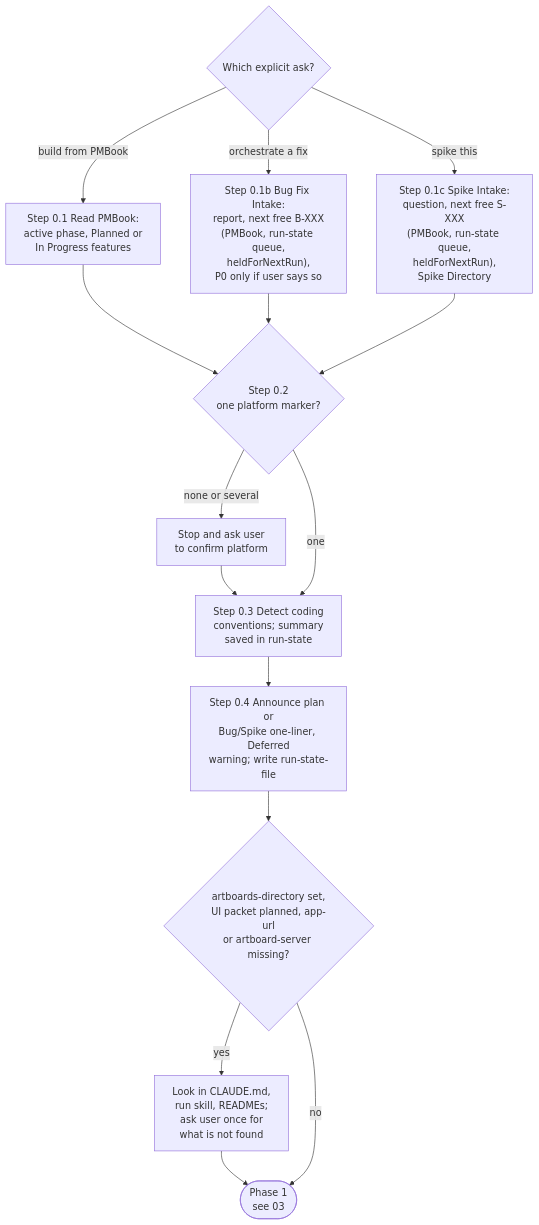
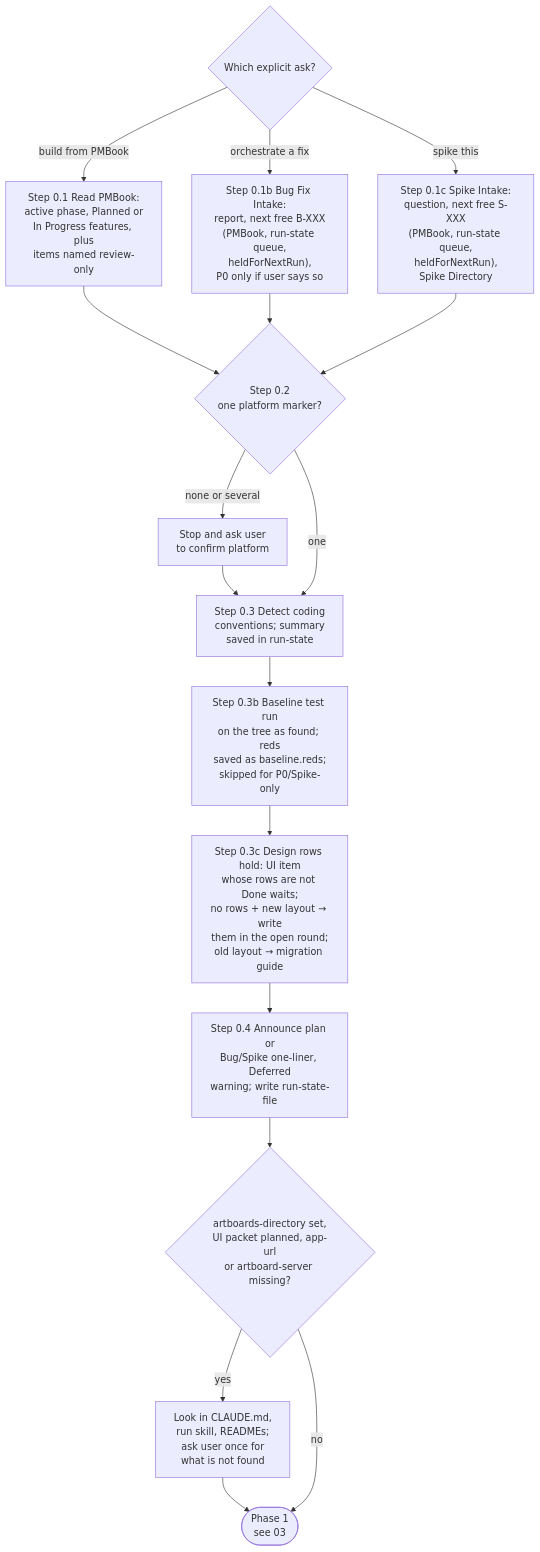
The second of 2 diagrams in skills/orchestrator-development-pattern/mermaid/02-phase0-setup.md (muhammedalikhan86/claude-stash), drawn with Mermaid before and after one commit. The commit also changed other lines of this file and 32 other files, not shown here.

First line of the commit message:
feat(orchestrators): round of test-run fixes across both orchestrators and agents

````diff
--- a/skills/orchestrator-development-pattern/mermaid/02-phase0-setup.md
+++ b/skills/orchestrator-development-pattern/mermaid/02-phase0-setup.md
@@ -69,26 +71,28 @@
 ```mermaid
 flowchart TD
     Entry{"Which explicit ask?"}
-    PMB["Step 0.1 Read PMBook:<br/>active phase, Planned or<br/>In Progress features"]
+    PMB["Step 0.1 Read PMBook:<br/>active phase, Planned or<br/>In Progress features, plus<br/>items named review-only"]
     Bug["Step 0.1b Bug Fix Intake:<br/>report, next free B-XXX<br/>(PMBook, run-state queue,<br/>heldForNextRun),<br/>P0 only if user says so"]
     Spk["Step 0.1c Spike Intake:<br/>question, next free S-XXX<br/>(PMBook, run-state queue,<br/>heldForNextRun),<br/>Spike Directory"]
     Plat{"Step 0.2<br/>one platform marker?"}
     AskPlat["Stop and ask user<br/>to confirm platform"]
     Conv["Step 0.3 Detect coding<br/>conventions; summary<br/>saved in run-state"]
+    Base["Step 0.3b Baseline test run<br/>on the tree as found; reds<br/>saved as baseline.reds;<br/>skipped for P0/Spike-only"]
+    Hold["Step 0.3c Design rows hold: UI item<br/>whose rows are not Done waits;<br/>no rows + new layout → write<br/>them in the open round;<br/>old layout → migration guide"]
     Ann["Step 0.4 Announce plan or<br/>Bug/Spike one-liner, Deferred<br/>warning; write run-state-file"]
     UI{"artboards-directory set,<br/>UI packet planned, app-url<br/>or artboard-server missing?"}
     AskUrl["Look in CLAUDE.md,<br/>run skill, READMEs;<br/>ask user once for<br/>what is not found"]
     Out(["Phase 1<br/>see 03"])
 
     Entry -->|"build from PMBook"| PMB
     Entry -->|"orchestrate a fix"| Bug
     Entry -->|"spike this"| Spk
     PMB --> Plat
     Bug --> Plat
     Spk --> Plat
     Plat -->|"none or several"| AskPlat --> Conv
     Plat -->|one| Conv
-    Conv --> Ann --> UI
+    Conv --> Base --> Hold --> Ann --> UI
     UI -->|yes| AskUrl --> Out
     UI -->|no| Out
 ```
````
